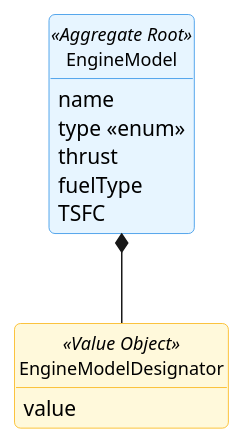
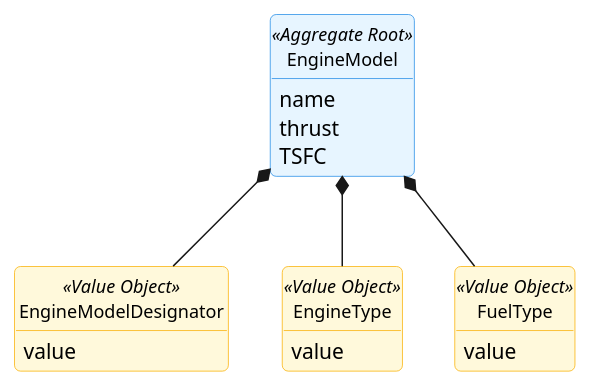
The diagram in docs/global-artifacts/02.analysis/puml/Aggregates/EngineModelAggregate.puml (GustavoFerreira24/flight-management-platform), drawn with PlantUML before and after one commit. The commit also changed 1 other file, not shown here.

Commit message:
Refine domain model with new value objects (EngineType, FuelType), updated relationships, and structural improvements for EngineModel aggregate [#14]

```diff
--- a/docs/global-artifacts/02.analysis/puml/Aggregates/EngineModelAggregate.puml
+++ b/docs/global-artifacts/02.analysis/puml/Aggregates/EngineModelAggregate.puml
@@ -1,41 +1,49 @@
 @startuml
 skinparam {
     BackgroundColor white
     RoundCorner 8
     Shadowing false
     Handwritten false
     ClassAttributeIconSize 0
 
     ClassBackgroundColor white
     ClassBorderColor #495057
     ClassFontSize 12
 
     ClassBackgroundColor<<Aggregate Root>> #E7F5FF
     ClassBorderColor<<Aggregate Root>> #228BE6
 
     ClassBackgroundColor<<Value Object>> #FFF9DB
     ClassBorderColor<<Value Object>> #FAB005
 
     ClassBackgroundColor<<Entity>> #F3F0FF
     ClassBorderColor<<Entity>> #7950F2
 }
 hide circle
 hide methods
 
-class EngineModel <<Aggregate Root>> {
+ class EngineModel <<Aggregate Root>> {
         name
-        type <<enum>>
         thrust
-        fuelType
         TSFC
-}
+    }
 
-class EngineModelDesignator <<Value Object>> {
+    class EngineModelDesignator <<Value Object>> {
         value
-}
+    }
 
-EngineModel *-- EngineModelDesignator
+    class EngineType <<Value Object>> {
+        value
+    }
+
+    class FuelType <<Value Object>> {
+        value
+    }
+
+    EngineModel *-- EngineModelDesignator
+    EngineModel *-- EngineType
+    EngineModel *-- FuelType
 
 }
 
 @enduml
```
